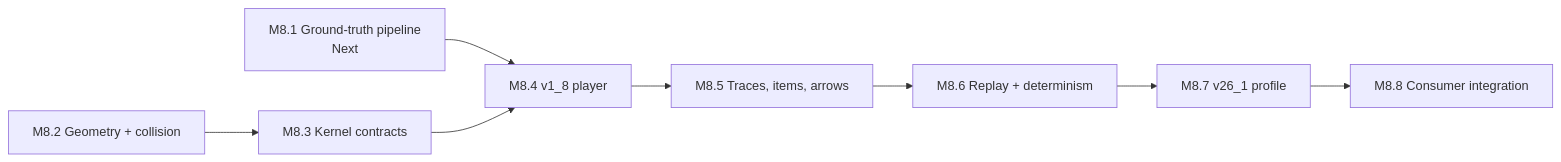
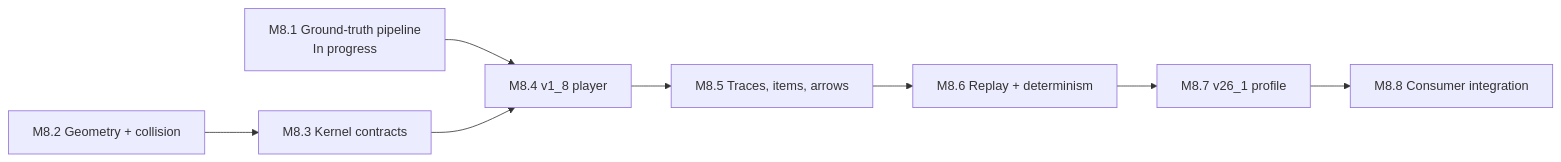
The second of 2 diagrams in MASTER_PLAN.md (go-theft-craft/headless-minecraft), drawn with Mermaid before and after one commit. The commit also changed other lines of this file, not shown here.

Commit message:
docs: mark M8.1 in progress with its jar-independent tasks complete

````diff
--- a/MASTER_PLAN.md
+++ b/MASTER_PLAN.md
@@ -417,14 +422,14 @@
 ```mermaid
 flowchart LR
-    A["M8.1 Ground-truth pipeline<br/>Next"]
+    A["M8.1 Ground-truth pipeline<br/>In progress"]
     B["M8.2 Geometry + collision"]
     C["M8.3 Kernel contracts"]
     D["M8.4 v1_8 player"]
     E["M8.5 Traces, items, arrows"]
     F["M8.6 Replay + determinism"]
     G["M8.7 v26_1 profile"]
     H["M8.8 Consumer integration"]
 
     A --> D
     B --> C --> D --> E --> F --> G --> H
 ```
````
